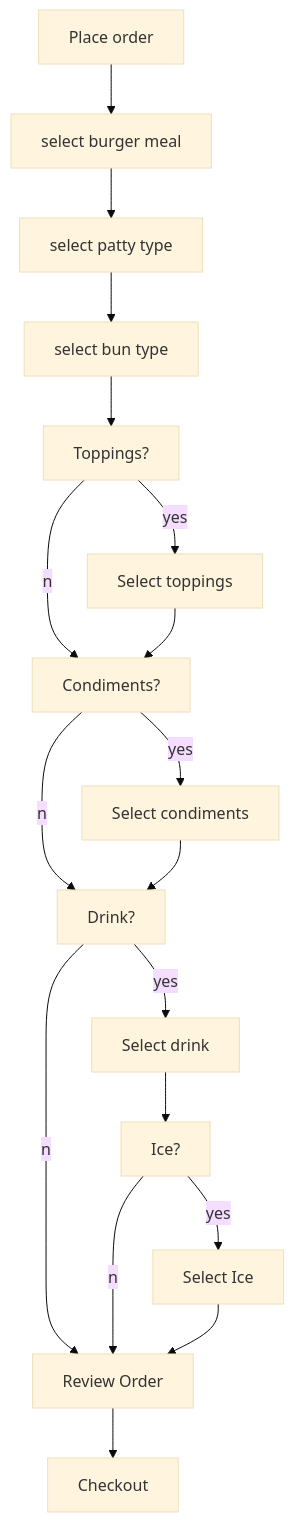
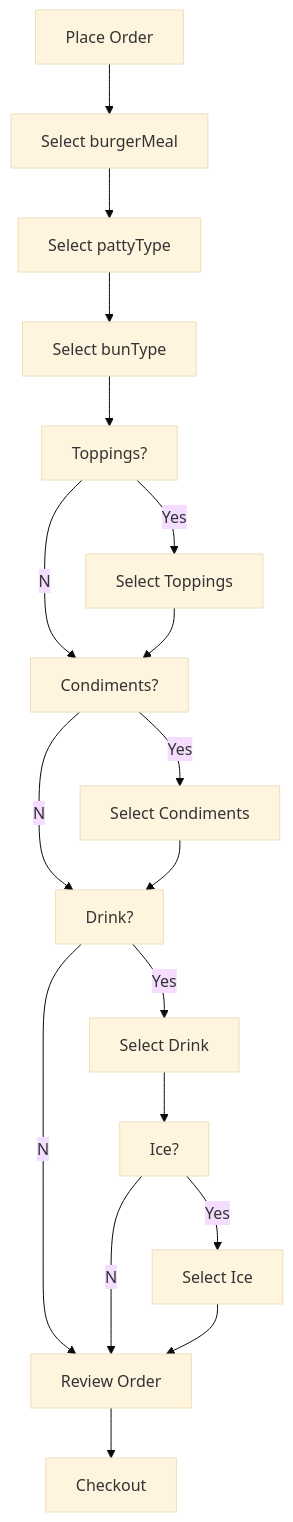
One commit to yusale9/student-showcase changed the diagram in student-work/michael-felsenthal/api-final-project/readme.md. Above: the diagram before and after it, drawn with Mermaid (base theme). The commit also changed other lines of this file, not shown here.

Commit message:
Update readme.md
Here are the changes for API.

````diff
--- a/student-work/michael-felsenthal/api-final-project/readme.md
+++ b/student-work/michael-felsenthal/api-final-project/readme.md
@@ -45,38 +45,38 @@
 ```mermaid
 
 graph TD;
 
-A[Place order]-->B[select burger meal];
-B-->C[select patty type];
+A[Place Order]-->B[Select burgerMeal];
+B-->C[Select pattyType];
 
-C-->D[select bun type];
+C-->D[Select bunType];
 
 D-->E[Toppings?];
 
-E--no-->G[Condiments?];
+E--No-->G[Condiments?];
 
-E--yes-->F[Select toppings];
+E--Yes-->F[Select Toppings];
 
 F-->G[Condiments?];
 
-G--no-->I[Drink?]
+G--No-->I[Drink?]
 
-G--yes-->H[Select condiments];
+G--Yes-->H[Select Condiments];
 
 H-->I[Drink?];
 
-I--no-->M[Proceed to checkout];
+I--No-->M[Proceed To Checkout];
 
-I--yes-->J[Select drink];
+I--Yes-->J[Select Drink];
 
 J-->K[Ice?];
 
-K--no-->M[Proceed to checkout];
+K--No-->M[Proceed To Checkout];
 
-K--yes-->L[Select Ice];
+K--Yes-->L[Select Ice];
 
 L-->M[Review Order];
 
 M-->N[Checkout];
 
 ```
````
